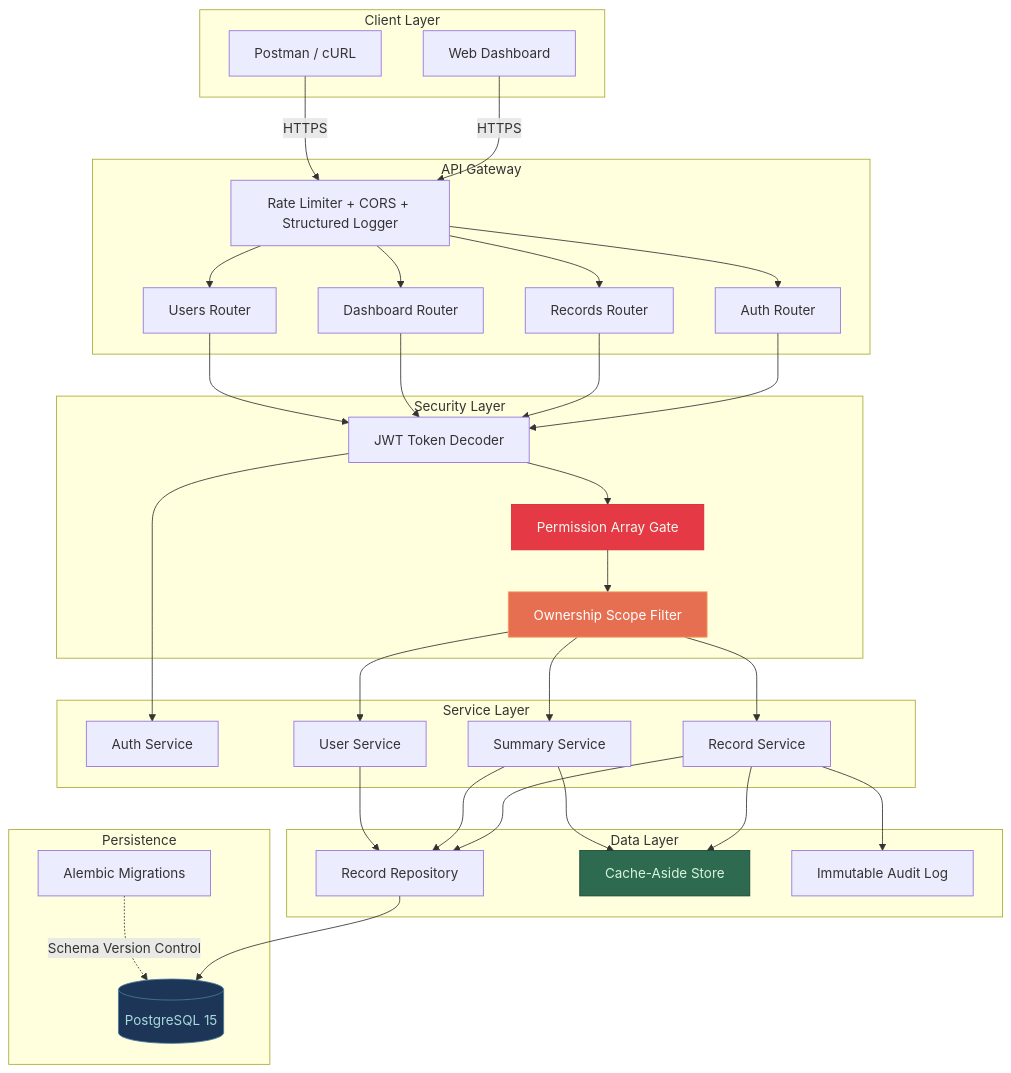
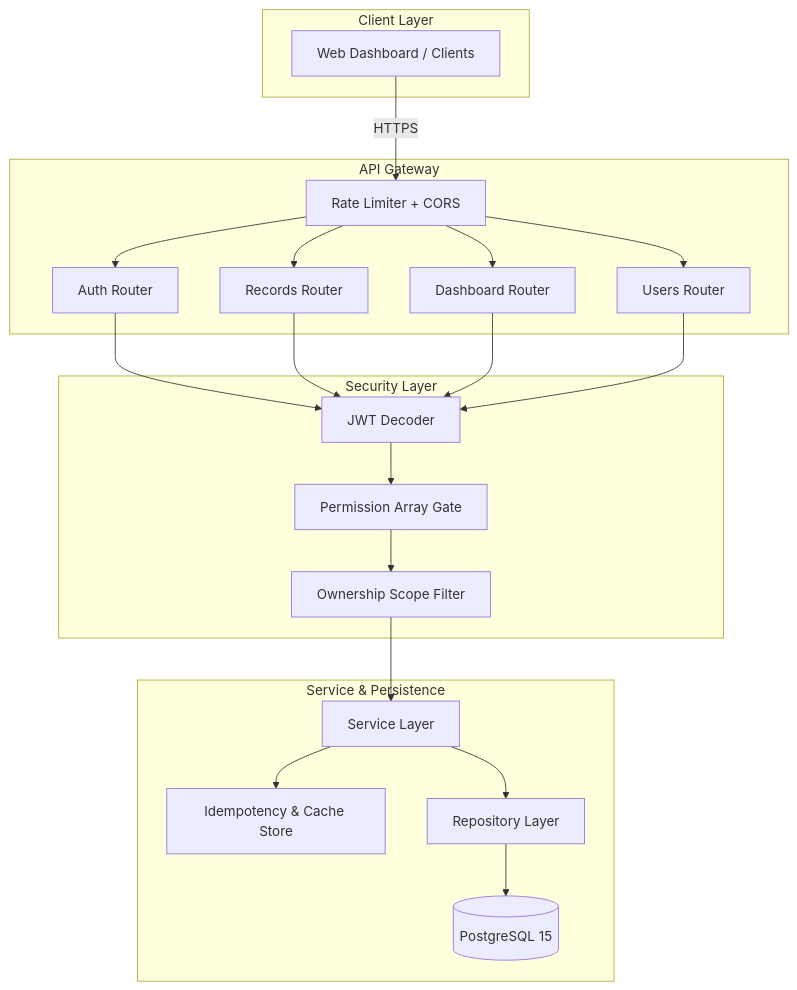
One commit to Rajkaran-122/FinGuard changed the diagram in README.md. Above: the diagram before and after it, drawn with Mermaid. The commit also changed other lines of this file, not shown here.

Commit message:
docs: entirely rewrite README to implement senior system-design narrative and architecture rationale

````diff
--- a/README.md
+++ b/README.md
@@ -26,55 +49,25 @@
 ```mermaid
 graph TB
     subgraph Client Layer
-        C1[Web Dashboard]
-        C2[Postman / cURL]
+        C1[Web Dashboard / Clients]
     end
 
     subgraph API Gateway
-        MW[Rate Limiter + CORS + Structured Logger]
-        R1[Auth Router]
-        R2[Records Router]
-        R3[Dashboard Router]
-        R4[Users Router]
+        MW[Rate Limiter + CORS]
+        R1[Auth Router] & R2[Records Router] & R3[Dashboard Router] & R4[Users Router]
     end
 
     subgraph Security Layer
-        JWT[JWT Token Decoder]
-        RBAC[Permission Array Gate]
-        OWN[Ownership Scope Filter]
+        JWT[JWT Decoder] --> RBAC[Permission Array Gate] --> OWN[Ownership Scope Filter]
     end
 
-    subgraph Service Layer
-        AS[Auth Service]
-        RS[Record Service]
-        SS[Summary Service]
-        US[User Service]
+    subgraph Service & Persistence
+        SRV[Service Layer] --> CACHE[Idempotency & Cache Store]
+        SRV --> REPO[Repository Layer] --> DB[(PostgreSQL 15)]
     end
 
-    subgraph Data Layer
-        REPO[Record Repository]
-        CACHE[Cache-Aside Store]
-        AUDIT[Immutable Audit Log]
-    end
-
-    subgraph Persistence
-        DB[(PostgreSQL 15)]
-        MIG[Alembic Migrations]
-    end
-
-    C1 & C2 -->|HTTPS| MW
+    C1 -->|HTTPS| MW
     MW --> R1 & R2 & R3 & R4
-    R1 --> JWT --> AS
-    R2 & R3 & R4 --> JWT --> RBAC --> OWN
-    OWN --> RS & SS & US
-    RS & SS --> CACHE
-    RS & SS & US --> REPO
-    RS --> AUDIT
-    REPO --> DB
-    MIG -.->|Schema Version Control| DB
-
-    style CACHE fill:#2d6a4f,stroke:#1b4332,color:#d8f3dc
-    style DB fill:#1d3557,stroke:#457b9d,color:#a8dadc
-    style RBAC fill:#e63946,stroke:#d62828,color:#f1faee
-    style OWN fill:#e76f51,stroke:#f4a261,color:#fff
+    R1 & R2 & R3 & R4 --> JWT
+    OWN --> SRV
 ```
````
